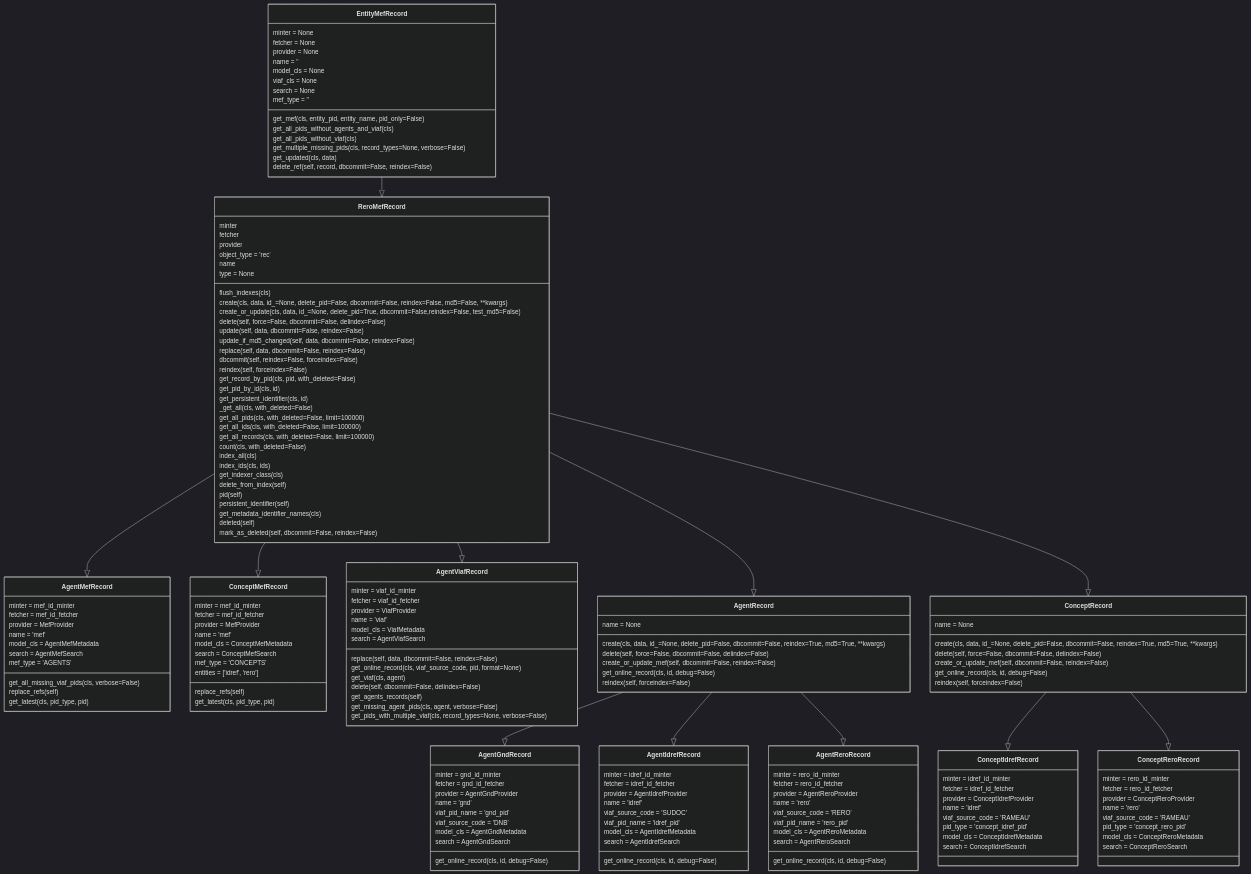
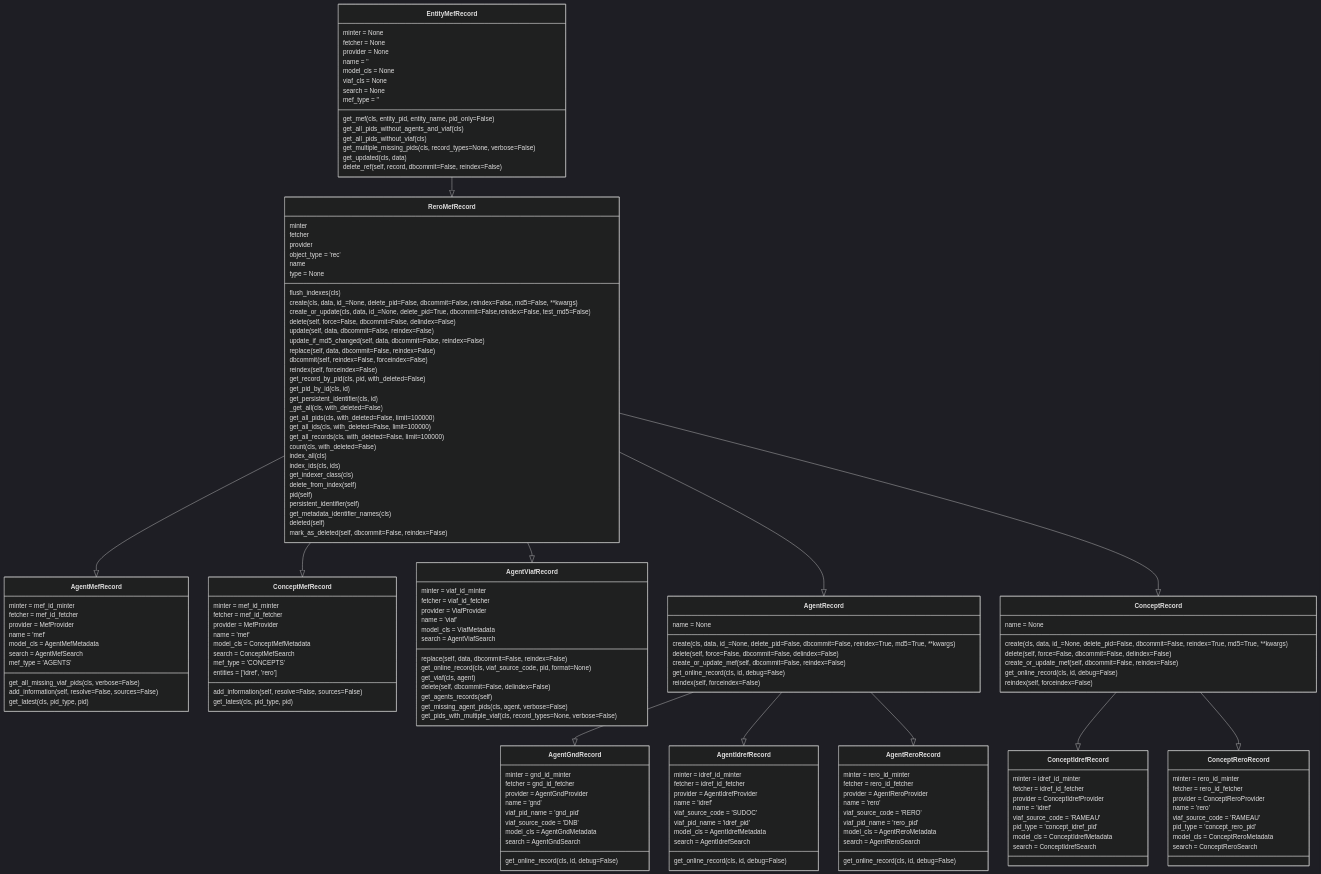
Before and after one commit to rero/rero-mef: the diagram in classes.md, drawn with Mermaid (dark theme). The commit also changed 73 other files, not shown here.

```diff
--- a/classes.md
+++ b/classes.md
@@ -64,7 +64,7 @@
     search = AgentMefSearch
     mef_type = 'AGENTS'
     get_all_missing_viaf_pids(cls, verbose=False)
-    replace_refs(self)
+    add_information(self, resolve=False, sources=False)
     get_latest(cls, pid_type, pid)
 }
 
@@ -77,7 +77,7 @@
     search = ConceptMefSearch
     mef_type = 'CONCEPTS'
     entities = ['idref', 'rero']
-    replace_refs(self)
+    add_information(self, resolve=False, sources=False)
     get_latest(cls, pid_type, pid)
 }
 
```
